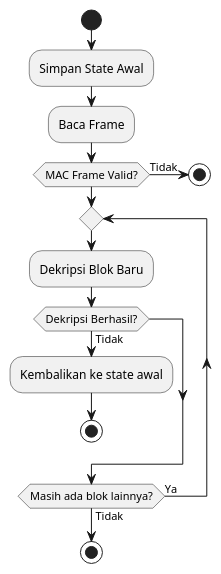
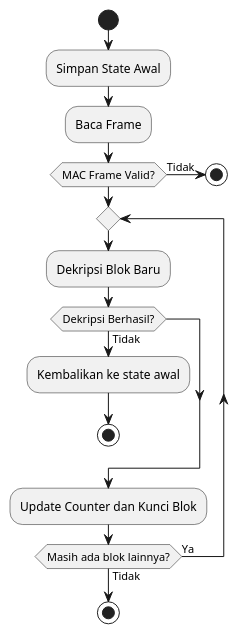
The diagram in resources/ch-3/dec.plantuml (bayusamudra5502/ta-kriptografi), drawn with PlantUML before and after one commit. The commit also changed 31 other files, not shown here.

```diff
--- a/resources/ch-3/dec.plantuml
+++ b/resources/ch-3/dec.plantuml
@@ -1,23 +1,25 @@
 @startuml ""
 
 start
 
 :Simpan State Awal;
 :Baca Frame;
 
 if (MAC Frame Valid?) then (Tidak)
   stop;
 endif
 
 repeat
   :Dekripsi Blok Baru;
 
   if (Dekripsi Berhasil?) then (Tidak)
     :Kembalikan ke state awal;
     stop;
   endif
+
+  :Update Counter dan Kunci Blok;
 repeat while (Masih ada blok lainnya?) is (Ya) not (Tidak)
 
 stop
 
 @enduml
```
